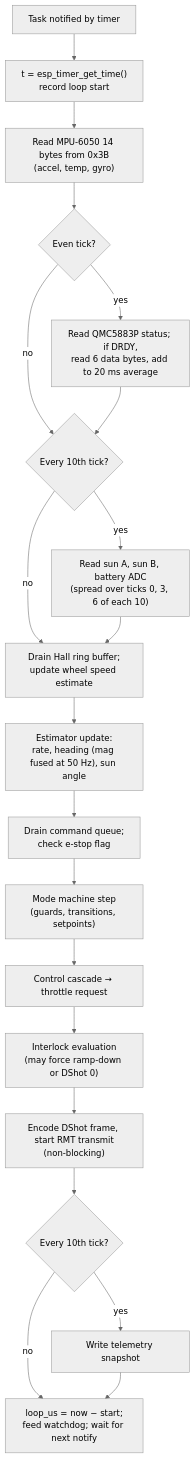
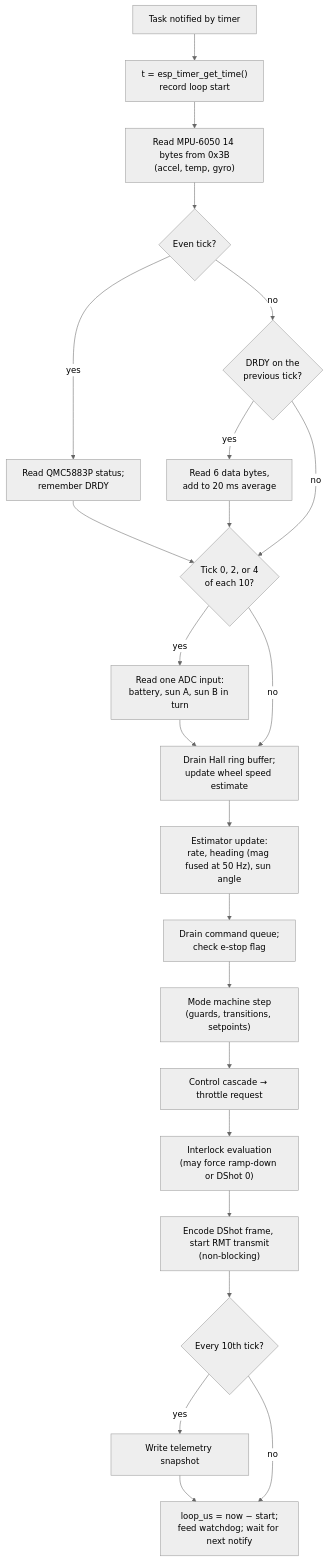
One commit to aarochu/DirecSun changed the fourth of 13 diagrams in docs/firmware-design.md. Above: the diagram before and after it, drawn with Mermaid (neutral theme). The commit also changed other lines of this file, not shown here.

First line of the commit message:
docs(fd): record the measured control tick and its new schedule (V-60)

````diff
--- a/docs/firmware-design.md
+++ b/docs/firmware-design.md
@@ -305,22 +305,25 @@
 ```mermaid
 flowchart TD
     T0["Task notified by timer"] --> T1["t = esp_timer_get_time()<br/>record loop start"]
     T1 --> T2["Read MPU-6050 14 bytes from 0x3B<br/>(accel, temp, gyro)"]
     T2 --> T3{"Even tick?"}
-    T3 -- yes --> T4["Read QMC5883P status; if DRDY,<br/>read 6 data bytes, add to 20 ms average"]
-    T3 -- no --> T5
-    T4 --> T5{"Every 10th tick?"}
-    T5 -- yes --> T6["Read sun A, sun B, battery ADC<br/>(spread over ticks 0, 3, 6 of each 10)"]
+    T3 -- yes --> T4["Read QMC5883P status;<br/>remember DRDY"]
+    T3 -- no --> T3b{"DRDY on the<br/>previous tick?"}
+    T3b -- yes --> T4b["Read 6 data bytes,<br/>add to 20 ms average"]
+    T3b -- no --> T5
+    T4 --> T5{"Tick 0, 2, or 4<br/>of each 10?"}
+    T4b --> T5
+    T5 -- yes --> T6["Read one ADC input:<br/>battery, sun A, sun B in turn"]
     T5 -- no --> T7
     T6 --> T7["Drain Hall ring buffer;<br/>update wheel speed estimate"]
     T7 --> T8["Estimator update:<br/>rate, heading (mag fused at 50 Hz), sun angle"]
     T8 --> T9["Drain command queue;<br/>check e-stop flag"]
     T9 --> T10["Mode machine step<br/>(guards, transitions, setpoints)"]
     T10 --> T11["Control cascade → throttle request"]
     T11 --> T12["Interlock evaluation<br/>(may force ramp-down or DShot 0)"]
     T12 --> T13["Encode DShot frame, start RMT transmit<br/>(non-blocking)"]
     T13 --> T14{"Every 10th tick?"}
     T14 -- yes --> T15["Write telemetry snapshot"]
     T14 -- no --> T16
     T15 --> T16["loop_us = now − start;<br/>feed watchdog; wait for next notify"]
 ```
````
